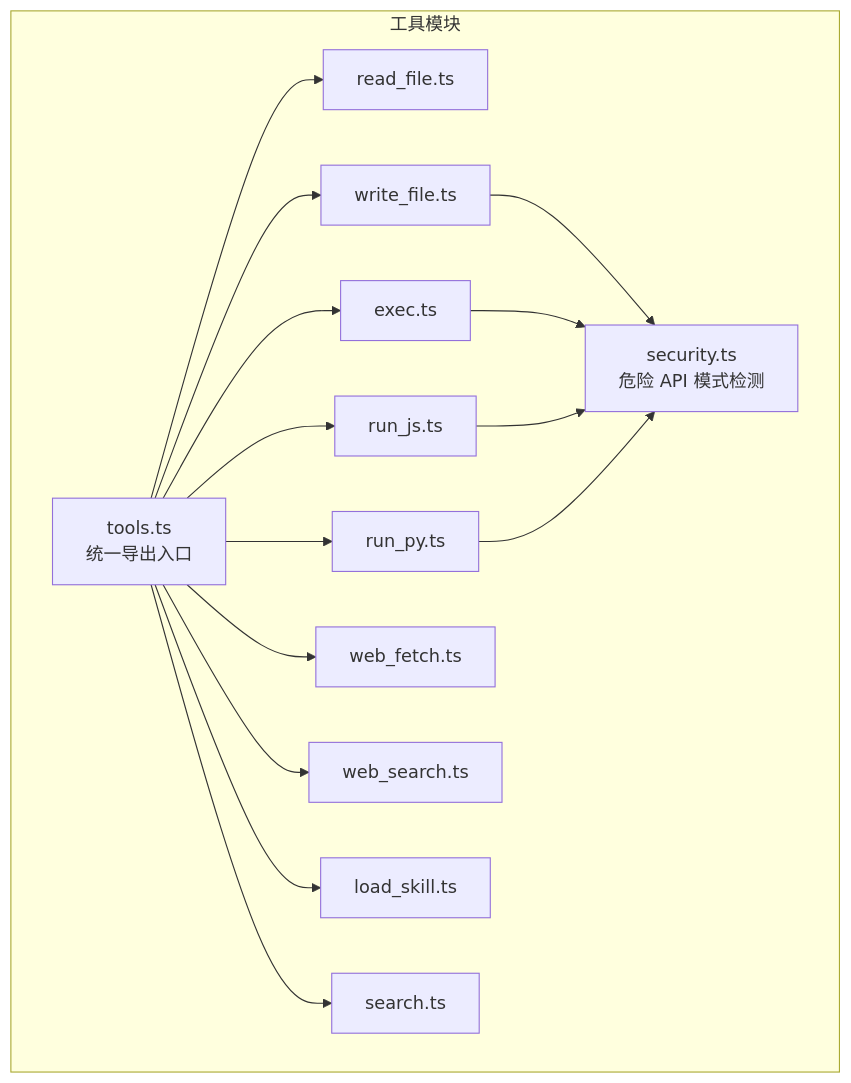
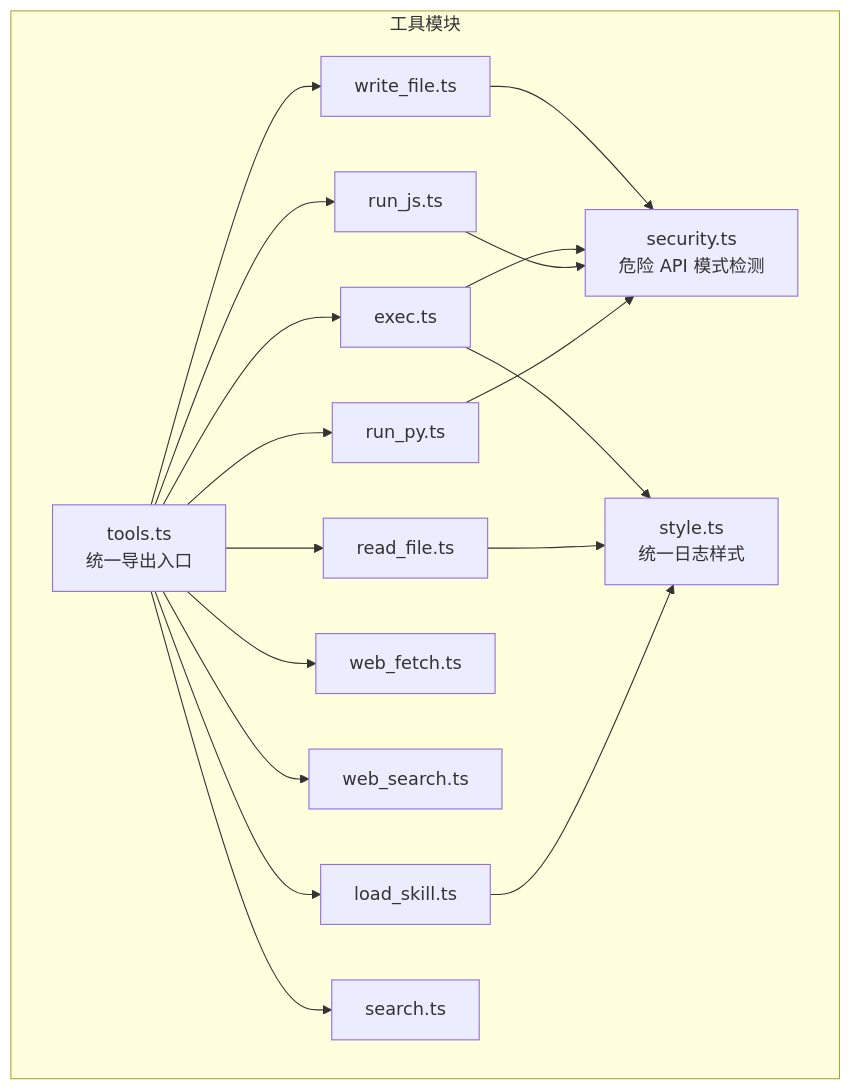
One commit to HAOFUYANG/onion-code changed the first of 7 diagrams in .qoder/repowiki/zh/content/工具系统/工具系统.md. Above: the diagram before and after it, drawn with Mermaid. The commit also changed other lines of this file and 5 other files, not shown here.

````diff
--- a/.qoder/repowiki/zh/content/工具系统/工具系统.md
+++ b/.qoder/repowiki/zh/content/工具系统/工具系统.md
@@ -41,29 +44,33 @@
 ```mermaid
 graph TB
 subgraph "工具模块"
 T["tools.ts<br/>统一导出入口"]
 S["security.ts<br/>危险 API 模式检测"]
 F1["read_file.ts"]
 F2["write_file.ts"]
 X["exec.ts"]
 JS["run_js.ts"]
 PY["run_py.ts"]
 W1["web_fetch.ts"]
 W2["web_search.ts"]
 L["load_skill.ts"]
 Q["search.ts"]
+ST["style.ts<br/>统一日志样式"]
 end
 T --> F1
 T --> F2
 T --> X
 T --> JS
 T --> PY
 T --> W1
 T --> W2
 T --> L
 T --> Q
 F2 --> S
 X --> S
 JS --> S
 PY --> S
+X --> ST
+F1 --> ST
+L --> ST
 ```
````
